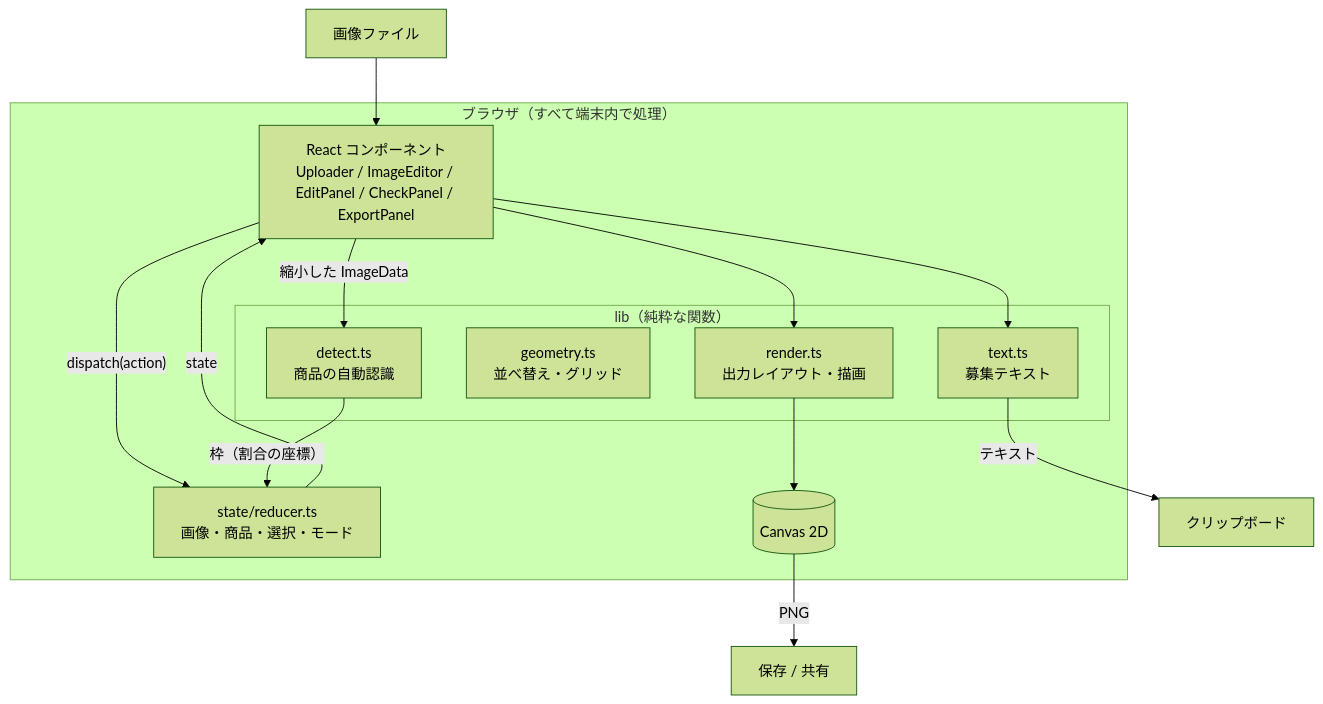
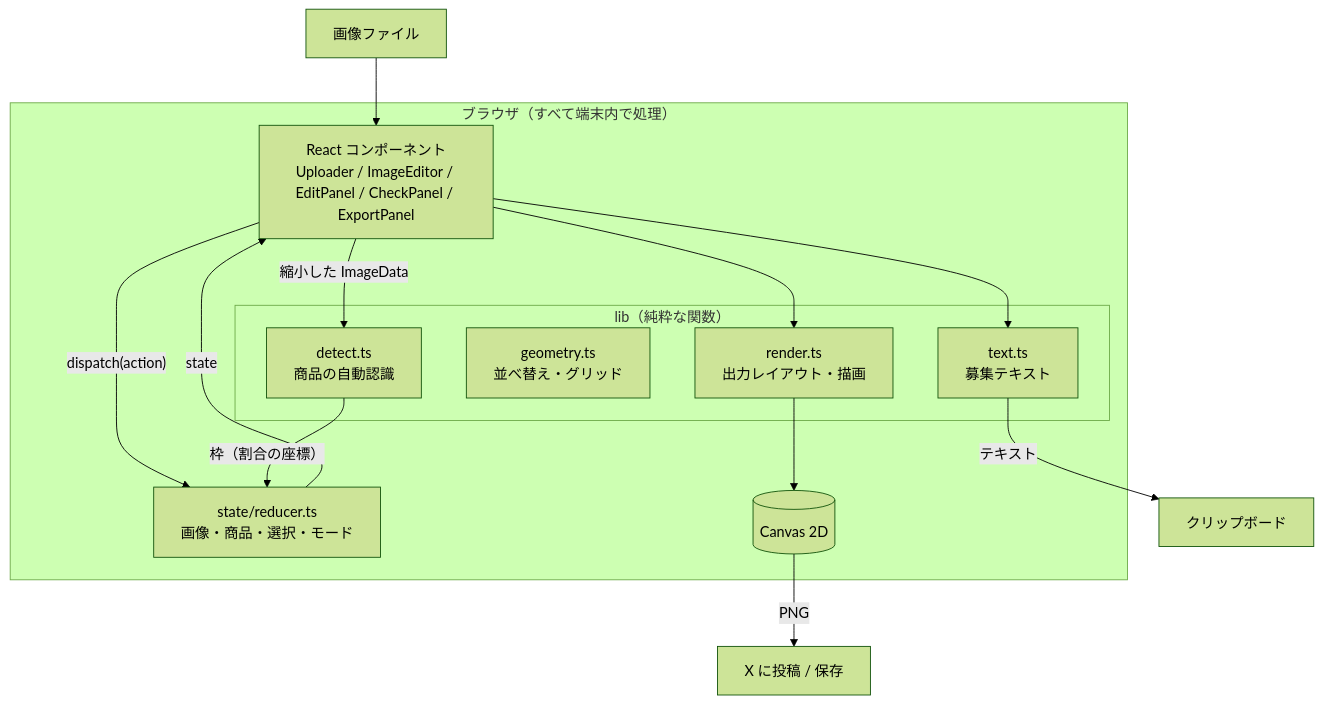
One commit to XiLyy/Random-Trade changed the first of 2 diagrams in docs/03-mvp-design.md. Above: the diagram before and after it, drawn with Mermaid (forest theme). The commit also changed other lines of this file and 15 other files, not shown here.

````diff
--- a/docs/03-mvp-design.md
+++ b/docs/03-mvp-design.md
@@ -58,21 +60,21 @@
 ```mermaid
 flowchart TB
   subgraph Browser["ブラウザ（すべて端末内で処理）"]
     UI["React コンポーネント<br>Uploader / ImageEditor / EditPanel / CheckPanel / ExportPanel"]
     State["state/reducer.ts<br>画像・商品・選択・モード"]
     subgraph Lib["lib（純粋な関数）"]
       Detect["detect.ts<br>商品の自動認識"]
       Geo["geometry.ts<br>並べ替え・グリッド"]
       Render["render.ts<br>出力レイアウト・描画"]
       Text["text.ts<br>募集テキスト"]
     end
     Canvas[("Canvas 2D")]
   end
   File["画像ファイル"] --> UI
   UI -- "dispatch(action)" --> State
   State -- "state" --> UI
   UI -- "縮小した ImageData" --> Detect
   Detect -- "枠（割合の座標）" --> State
-  UI --> Render --> Canvas -- "PNG" --> Out["保存 / 共有"]
+  UI --> Render --> Canvas -- "PNG" --> Out["X に投稿 / 保存"]
   UI --> Text -- "テキスト" --> Clip["クリップボード"]
 ```
````
